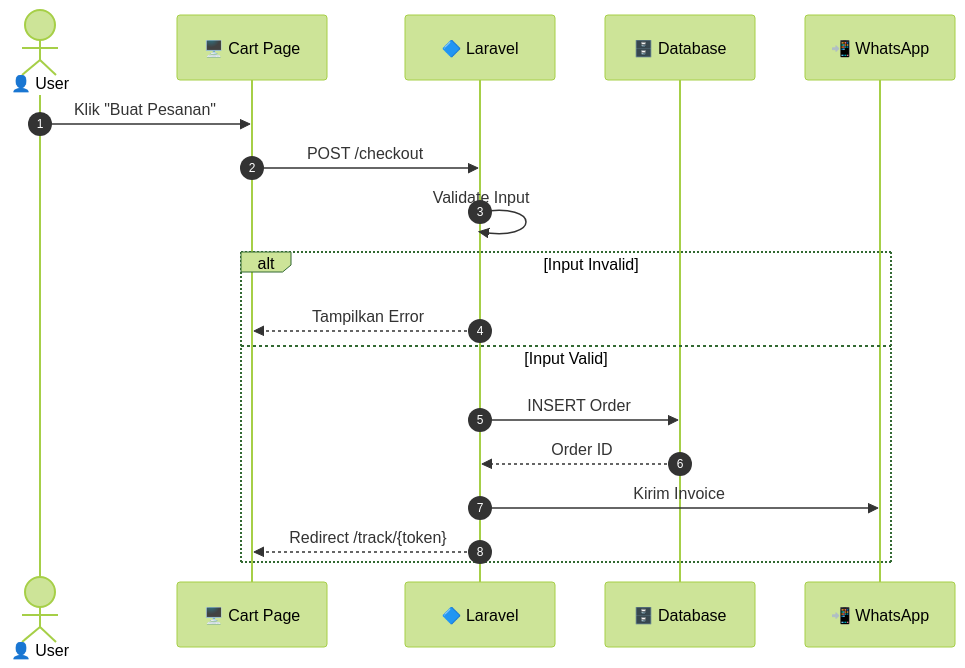
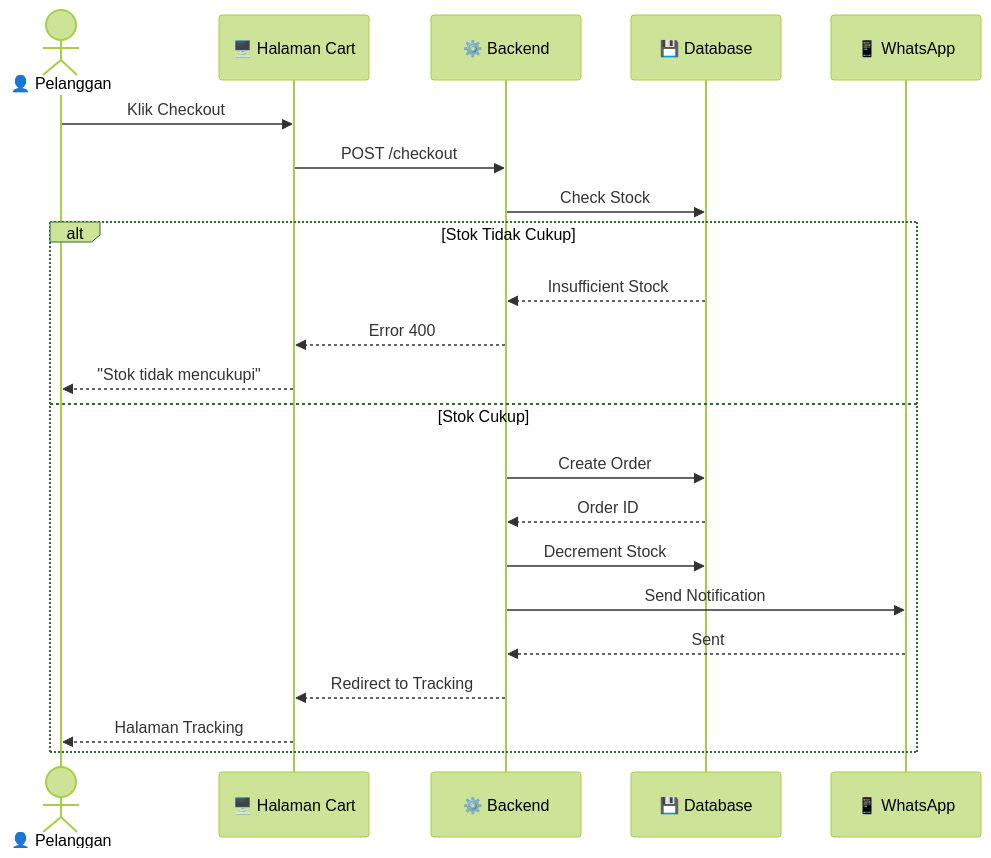
The third of 7 diagrams in docs/BLACK_BOX_TESTING.md (mustarisyahding07-spec/WEBSITE_SKRIPSI_MUSTARI), drawn with Mermaid (forest theme) before and after one commit. The commit also changed other lines of this file and 7 other files, not shown here.

````diff
--- a/docs/BLACK_BOX_TESTING.md
+++ b/docs/BLACK_BOX_TESTING.md
@@ -115,22 +125,26 @@
 ```mermaid
 sequenceDiagram
-    autonumber
-    actor User as 👤 User
-    participant UI as 🖥️ Cart Page
-    participant Server as 🔷 Laravel
-    participant DB as 🗄️ Database
-    participant WA as 📲 WhatsApp
-
-    User->>UI: Klik "Buat Pesanan"
-    UI->>Server: POST /checkout
-    Server->>Server: Validate Input
+    actor User as 👤 Pelanggan
+    participant UI as 🖥️ Halaman Cart
+    participant API as ⚙️ Backend
+    participant DB as 💾 Database
+    participant WA as 📱 WhatsApp
     
-    alt Input Invalid
-        Server-->>UI: Tampilkan Error
-    else Input Valid
-        Server->>DB: INSERT Order
-        DB-->>Server: Order ID
-        Server->>WA: Kirim Invoice
-        Server-->>UI: Redirect /track/{token}
+    User->>UI: Klik Checkout
+    UI->>API: POST /checkout
+    API->>DB: Check Stock
+    
+    alt Stok Tidak Cukup
+        DB-->>API: Insufficient Stock
+        API-->>UI: Error 400
+        UI-->>User: "Stok tidak mencukupi"
+    else Stok Cukup
+        API->>DB: Create Order
+        DB-->>API: Order ID
+        API->>DB: Decrement Stock
+        API->>WA: Send Notification
+        WA-->>API: Sent
+        API-->>UI: Redirect to Tracking
+        UI-->>User: Halaman Tracking
     end
 ```
````
